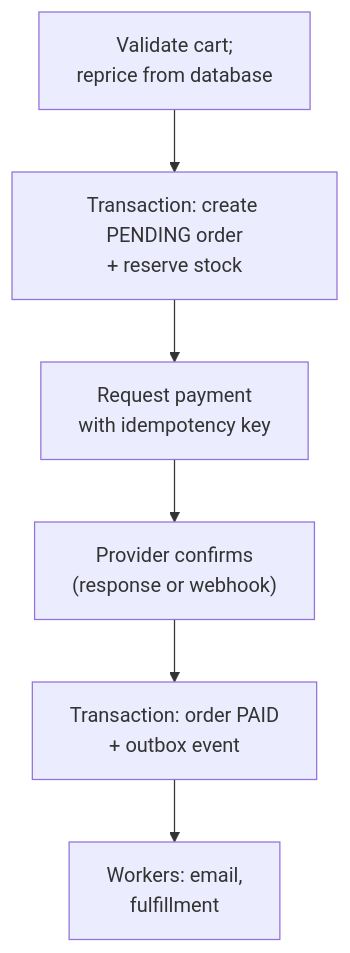
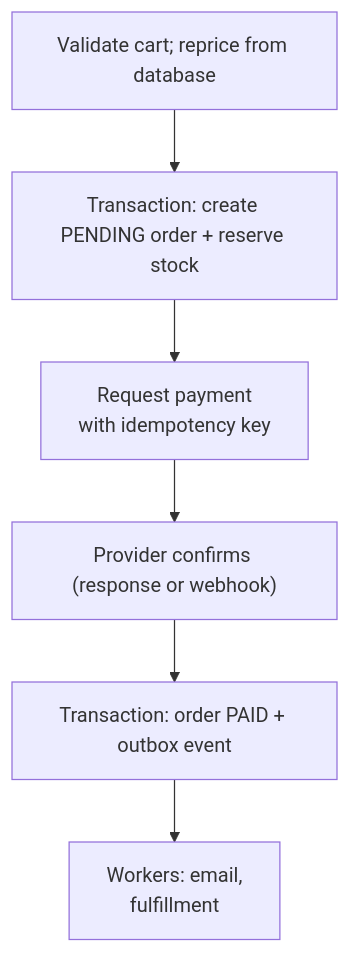
One commit to gitussr/systemly changed the third of 6 diagrams in content/12-case-studies/12.02-e-commerce-platform.md. Above: the diagram before and after it, drawn with Mermaid. The commit also changed other lines of this file and 5 other files, not shown here.

First line of the commit message:
Level 12: drop manual line breaks in long diagram labels

````diff
--- a/content/12-case-studies/12.02-e-commerce-platform.md
+++ b/content/12-case-studies/12.02-e-commerce-platform.md
@@ -299,10 +299,10 @@
 ```mermaid
 flowchart TD
   accTitle: Checkout flow
   accDescr: Validate the cart and reprice it from the database; in one transaction create a pending order and reserve stock; request payment with an idempotency key; when the provider confirms, mark the order paid and record an outbox event; workers then send the confirmation and start fulfillment.
-  V["Validate cart;<br/>reprice from database"] --> T["Transaction: create PENDING order<br/>+ reserve stock"]
+  V["Validate cart; reprice from database"] --> T["Transaction: create PENDING order + reserve stock"]
   T --> P["Request payment<br/>with idempotency key"]
-  P --> W["Provider confirms<br/>(response or webhook)"]
-  W --> PAID["Transaction: order PAID<br/>+ outbox event"]
+  P --> W["Provider confirms (response or webhook)"]
+  W --> PAID["Transaction: order PAID + outbox event"]
   PAID --> J["Workers: email,<br/>fulfillment"]
 ```
````
